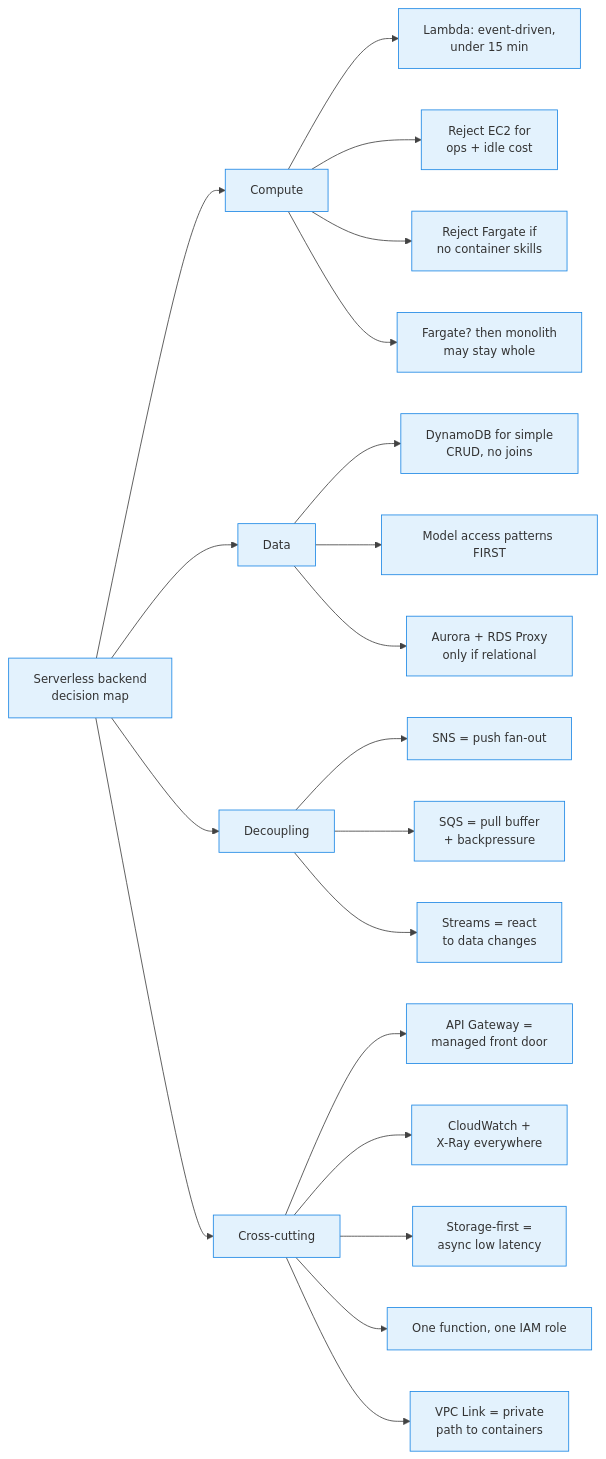
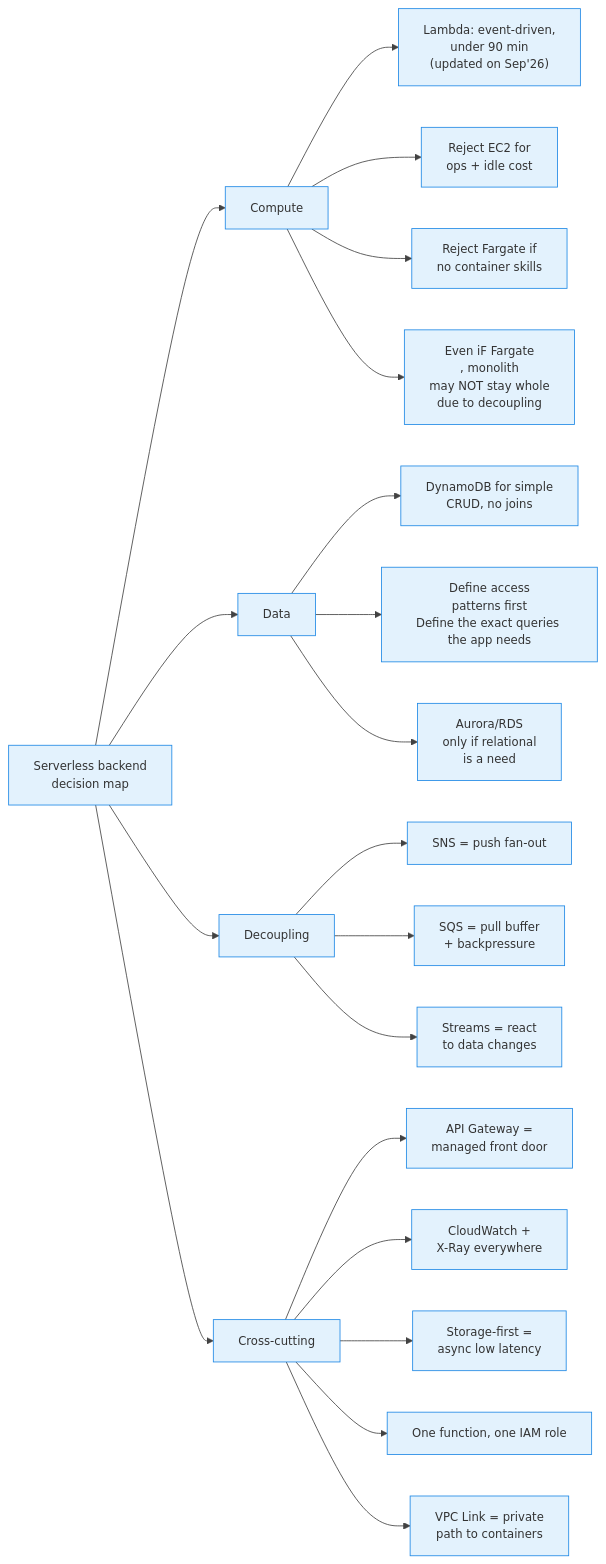
One commit to senthilkumarm1901/learn_by_blogging changed diagram 23 of 23 in aws_cloud_technical_essentials_book/10-architecting-serverless-backend-solution-in-aws.qmd. Above: the diagram before and after it, drawn with Mermaid. The commit also changed other lines of this file and 4 other files, not shown here.

Commit message:
edited architect cheatsheet

````diff
--- a/aws_cloud_technical_essentials_book/10-architecting-serverless-backend-solution-in-aws.qmd
+++ b/aws_cloud_technical_essentials_book/10-architecting-serverless-backend-solution-in-aws.qmd
@@ -734,28 +736,28 @@
 ```{mermaid}
 %%{init: {'theme': 'base', 'themeVariables': {'primaryColor': '#E3F2FD', 'primaryBorderColor': '#1E88E5', 'lineColor': '#424242', 'fontSize': '14px'}}}%%
 flowchart LR
     ROOT["Serverless backend<br>decision map"]
 
     ROOT --> C["Compute"]
-    C --> C1["Lambda: event-driven,<br>under 15 min"]
+    C --> C1["Lambda: event-driven,<br>under 90 min<br>(updated on Sep'26)"]
     C --> C2["Reject EC2 for<br>ops + idle cost"]
     C --> C3["Reject Fargate if<br>no container skills"]
-    C --> C4["Fargate? then monolith<br>may stay whole"]
+    C --> C4["Even iF Fargate<br>, monolith<br>may NOT stay whole<br>due to decoupling"]
 
     ROOT --> D["Data"]
     D --> D1["DynamoDB for simple<br>CRUD, no joins"]
-    D --> D2["Model access patterns FIRST"]
-    D --> D3["Aurora + RDS Proxy<br>only if relational"]
+    D --> D2["Define access<br>patterns first<br>Define the exact queries the app needs"]
+    D --> D3["Aurora/RDS<br>only if relational<br>is a need"]
 
     ROOT --> M["Decoupling"]
     M --> M1["SNS = push fan-out"]
     M --> M2["SQS = pull buffer<br>+ backpressure"]
     M --> M3["Streams = react<br>to data changes"]
 
     ROOT --> X["Cross-cutting"]
     X --> X1["API Gateway =<br>managed front door"]
     X --> X2["CloudWatch +<br>X-Ray everywhere"]
     X --> X3["Storage-first =<br>async low latency"]
     X --> X4["One function, one IAM role"]
     X --> X5["VPC Link = private<br>path to containers"]
 ```
````
